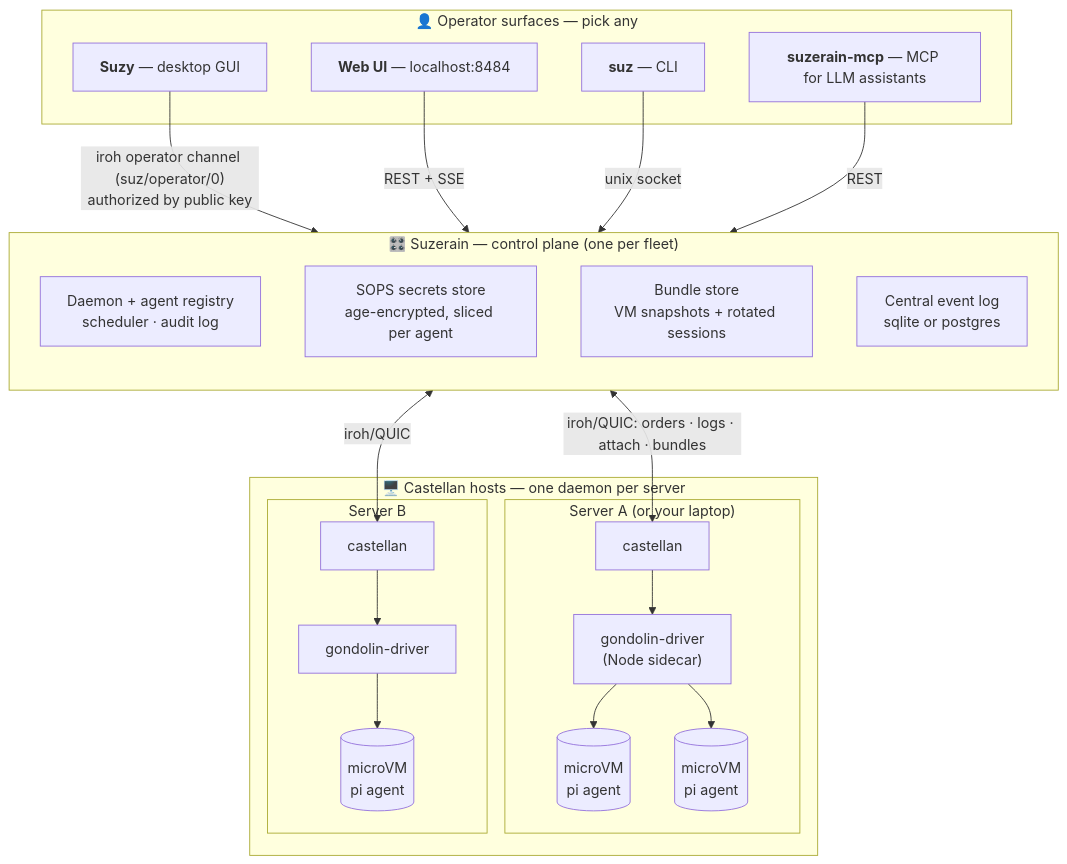
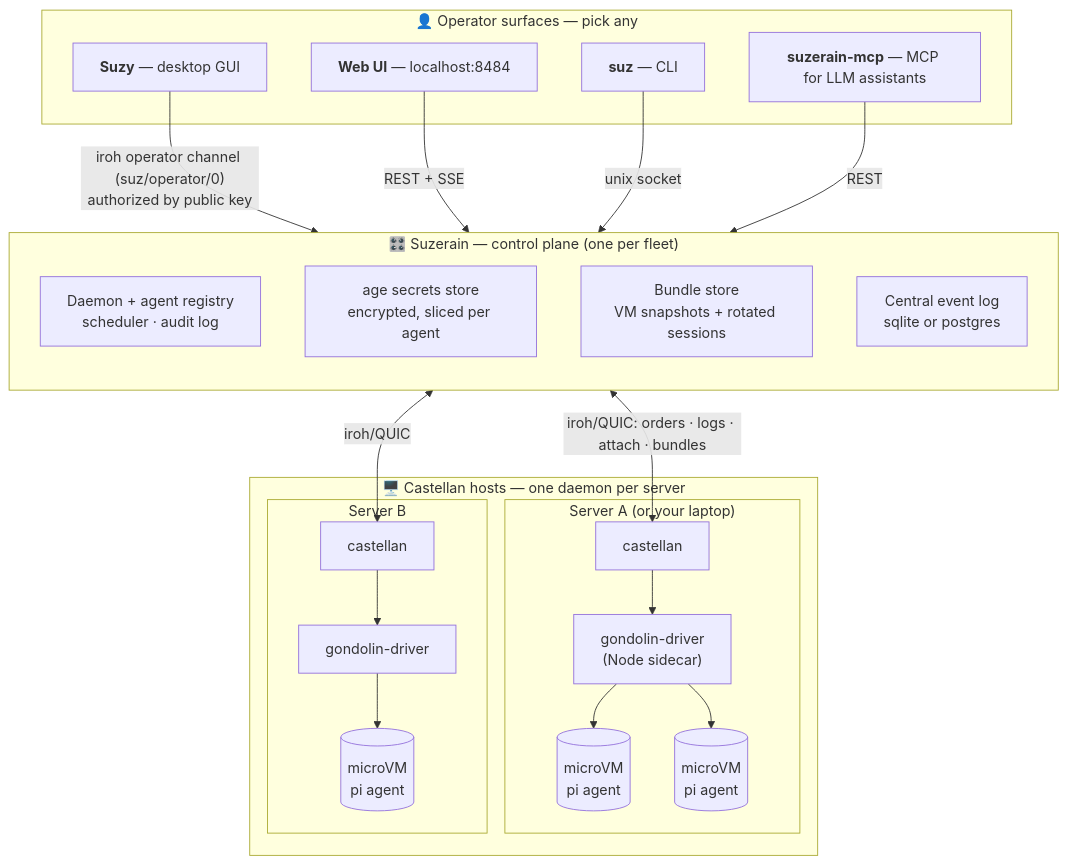
The first of 4 diagrams in README.md (Shakakai/suzerain), drawn with Mermaid before and after one commit. The commit also changed other lines of this file and 39 other files, not shown here.

````diff
--- a/README.md
+++ b/README.md
@@ -28,49 +28,49 @@
 ```mermaid
 flowchart TB
     subgraph OPS["👤 Operator surfaces — pick any"]
         SUZY["<b>Suzy</b> — desktop GUI"]
         WEB["<b>Web UI</b> — localhost:8484"]
         CLI["<b>suz</b> — CLI"]
         MCP["<b>suzerain-mcp</b> — MCP for LLM assistants"]
     end
 
     subgraph CP["🎛️ Suzerain — control plane (one per fleet)"]
         direction TB
         REG["Daemon + agent registry<br/>scheduler · audit log"]
-        SEC["SOPS secrets store<br/>age-encrypted, sliced per agent"]
+        SEC["age secrets store<br/>encrypted, sliced per agent"]
         BUN["Bundle store<br/>VM snapshots + rotated sessions"]
         LOG["Central event log<br/>sqlite or postgres"]
     end
 
     subgraph FLEET["🖥️ Castellan hosts — one daemon per server"]
         subgraph A["Server A (or your laptop)"]
             C1["castellan"]
             D1["gondolin-driver<br/>(Node sidecar)"]
             V1[("microVM<br/>pi agent")]
             V2[("microVM<br/>pi agent")]
         end
         subgraph B["Server B"]
             C2["castellan"]
             D2["gondolin-driver"]
             V3[("microVM<br/>pi agent")]
         end
     end
 
     SUZY -- "iroh operator channel (suz/operator/0)<br/>authorized by public key" --> CP
     WEB -- "REST + SSE" --> CP
     CLI -- "unix socket" --> CP
     MCP -- "REST" --> CP
     CP <-- "iroh/QUIC: orders · logs · attach · bundles" --> C1
     CP <-- "iroh/QUIC" --> C2
     C1 --> D1 --> V1
     D1 --> V2
     C2 --> D2 --> V3
 
     click SUZY "docs/SUZY.md" "Suzy desktop GUI"
     click WEB "docs/WEB-UI.md" "Web UI spec"
     click MCP "docs/MCP.md" "MCP server"
     click SEC "docs/PLAN.md" "Secrets design (§4)"
     click BUN "docs/AUTO-SUSPEND.md" "Auto-suspend & wake"
     click C1 "docs/PLAN.md" "Castellan internals (§6)"
     click REG "docs/PLAN.md" "Control plane internals (§7)"
 ```
````
